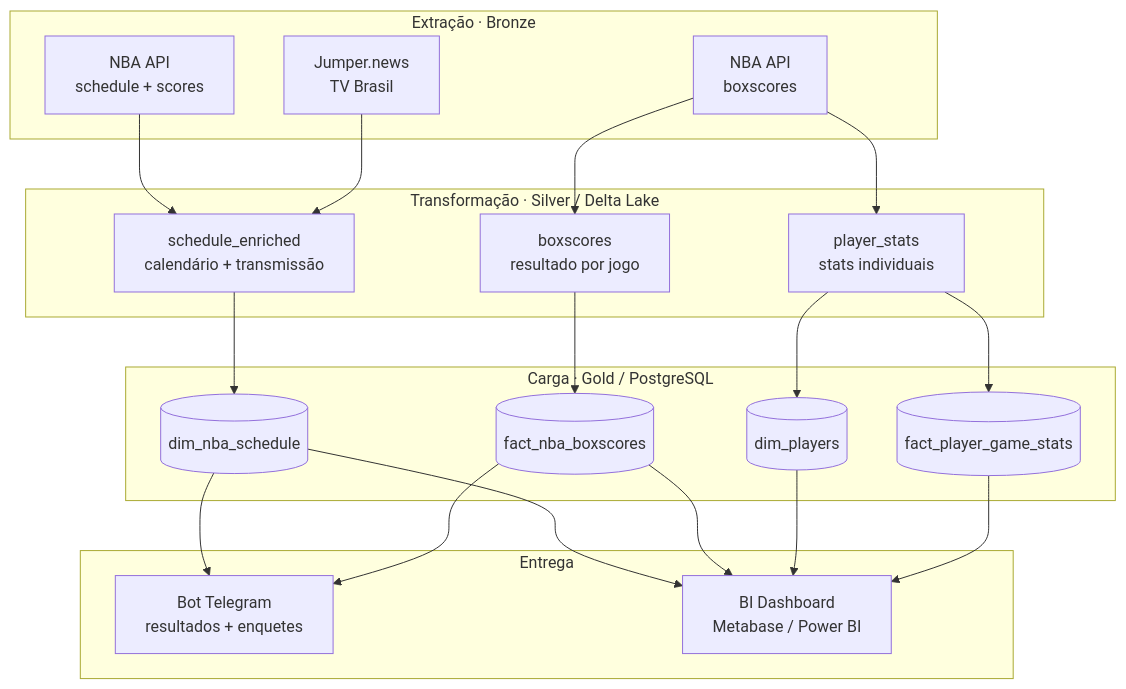
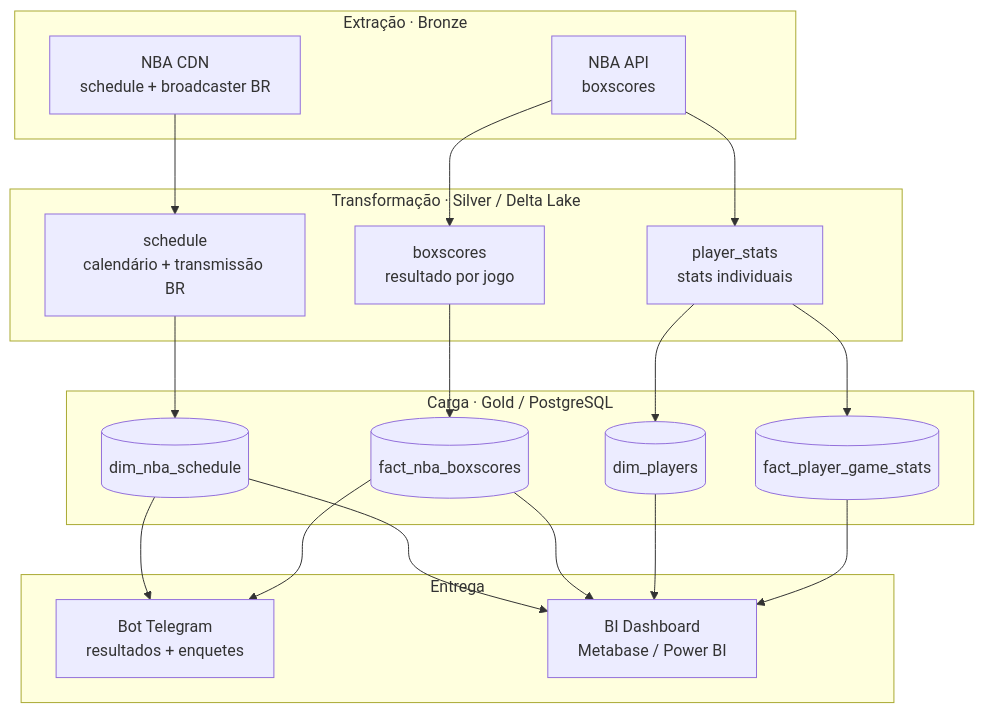
Before and after one commit to LucasEmanuell/nba_pipeline: the first of 4 diagrams in README.md, drawn with Mermaid. The commit also changed other lines of this file and 4 other files, not shown here.

Commit message:
refactor: substitui fonte jumper por cdn regional nba

````diff
--- a/README.md
+++ b/README.md
@@ -9,37 +9,35 @@
 ```mermaid
 graph TD
     subgraph EXT["Extração · Bronze"]
-        A1["NBA API\nschedule + scores"]
-        A2["Jumper.news\nTV Brasil"]
+        A1["NBA CDN\nschedule + broadcaster BR"]
         A3["NBA API\nboxscores"]
     end
 
     subgraph SIL["Transformação · Silver / Delta Lake"]
-        B1["schedule_enriched\ncalendário + transmissão"]
+        B1["schedule\ncalendário + transmissão BR"]
         B2["boxscores\nresultado por jogo"]
         B3["player_stats\nstats individuais"]
     end
 
     subgraph GLD["Carga · Gold / PostgreSQL"]
         C1[("dim_nba_schedule")]
         C2[("fact_nba_boxscores")]
         C3[("dim_players")]
         C4[("fact_player_game_stats")]
     end
 
     subgraph DEL["Entrega"]
         D1["Bot Telegram\nresultados + enquetes"]
         D2["BI Dashboard\nMetabase / Power BI"]
     end
 
     A1 --> B1
-    A2 --> B1
     A3 --> B2
     A3 --> B3
     B1 --> C1
     B2 --> C2
     B3 --> C3
     B3 --> C4
     C1 & C2 --> D1
     C1 & C2 & C3 & C4 --> D2
 ```
````
